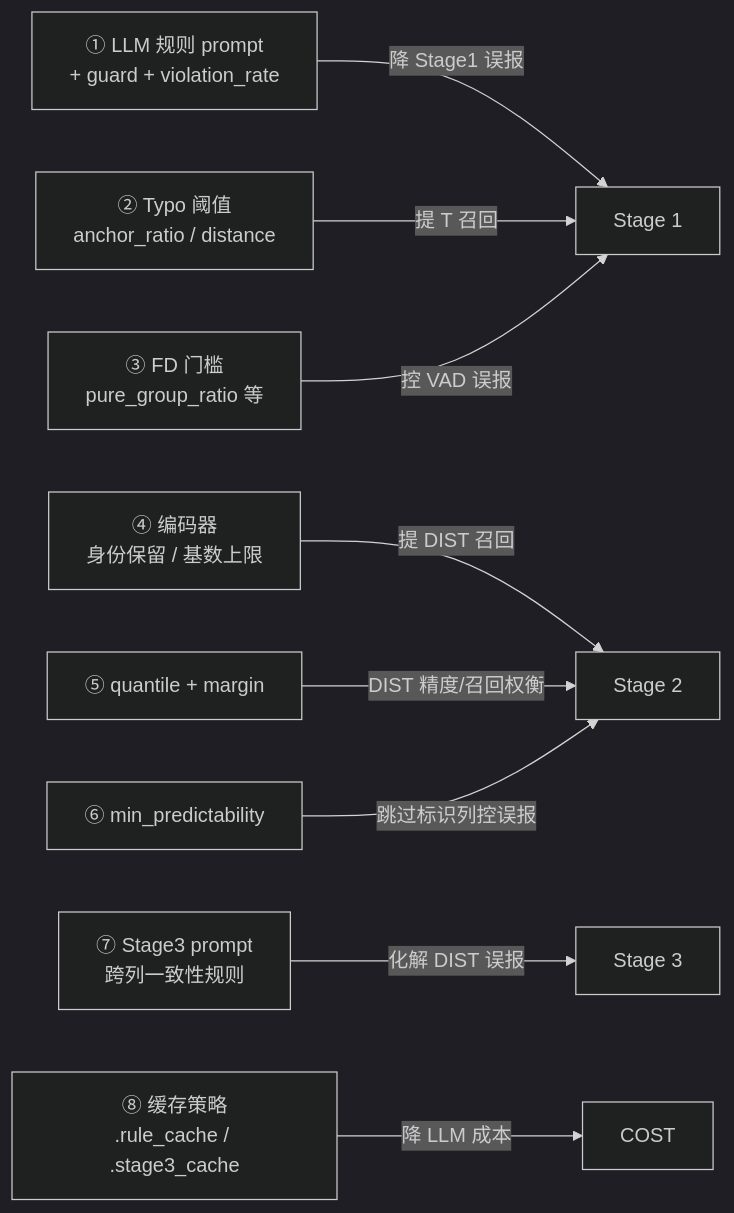
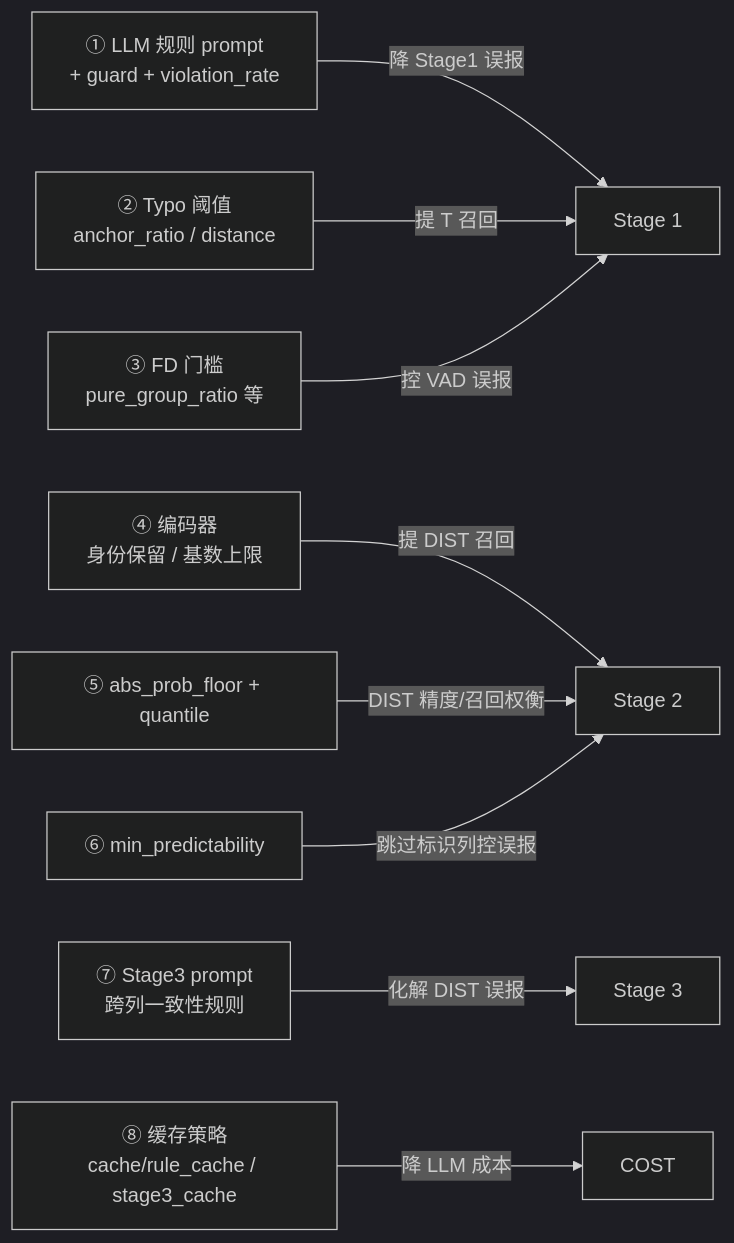
One commit to 1993371829/error_detect changed the eighth of 8 diagrams in PIPELINE.md. Above: the diagram before and after it, drawn with Mermaid (dark theme). The commit also changed other lines of this file and 30 other files, not shown here.

````diff
--- a/PIPELINE.md
+++ b/PIPELINE.md
@@ -488,15 +488,15 @@
 ```mermaid
 flowchart LR
     O1["① LLM 规则 prompt<br/>+ guard + violation_rate"] -->|降 Stage1 误报| P1
     O2["② Typo 阈值<br/>anchor_ratio / distance"] -->|提 T 召回| P1
     O3["③ FD 门槛<br/>pure_group_ratio 等"] -->|控 VAD 误报| P1
     O4["④ 编码器<br/>身份保留 / 基数上限"] -->|提 DIST 召回| P2
-    O5["⑤ quantile + margin"] -->|DIST 精度/召回权衡| P2
+    O5["⑤ abs_prob_floor + quantile"] -->|DIST 精度/召回权衡| P2
     O6["⑥ min_predictability"] -->|跳过标识列控误报| P2
     O7["⑦ Stage3 prompt<br/>跨列一致性规则"] -->|化解 DIST 误报| P3
-    O8["⑧ 缓存策略<br/>.rule_cache / .stage3_cache"] -->|降 LLM 成本| COST
+    O8["⑧ 缓存策略<br/>cache/rule_cache / stage3_cache"] -->|降 LLM 成本| COST
 
     P1["Stage 1"]
     P2["Stage 2"]
     P3["Stage 3"]
 ```
````
